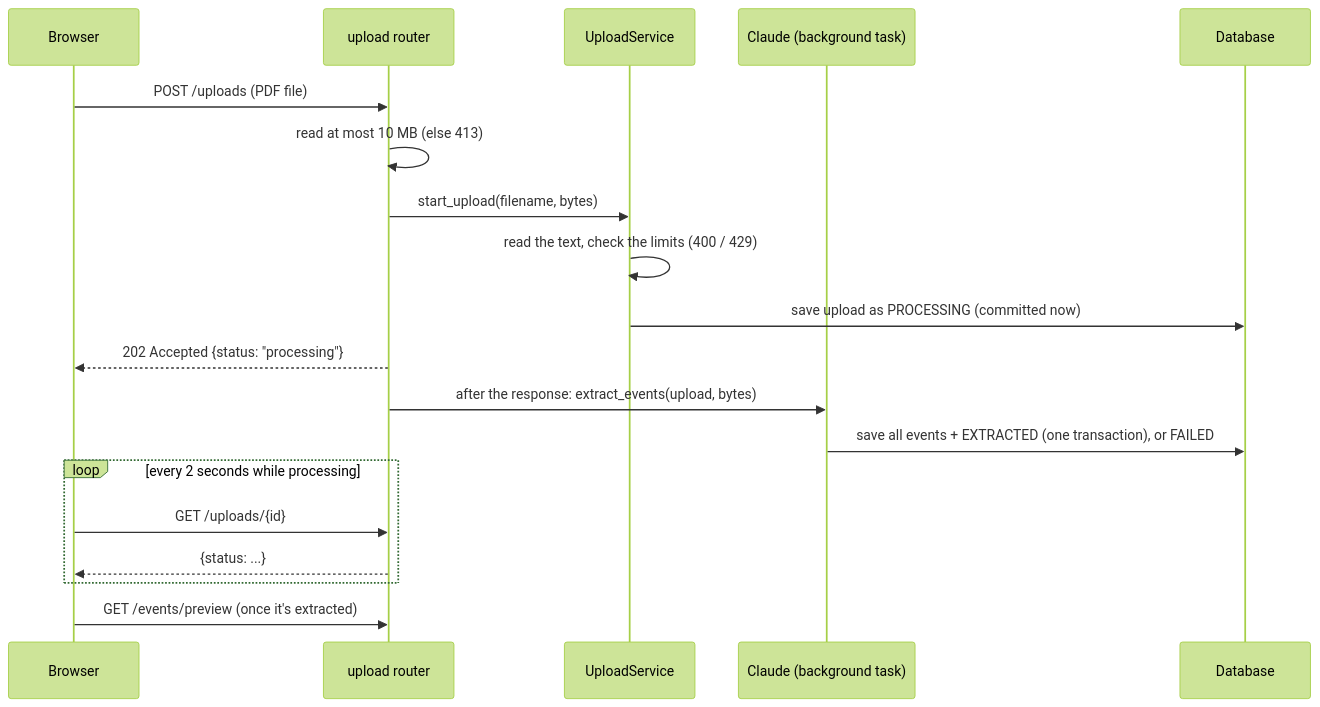
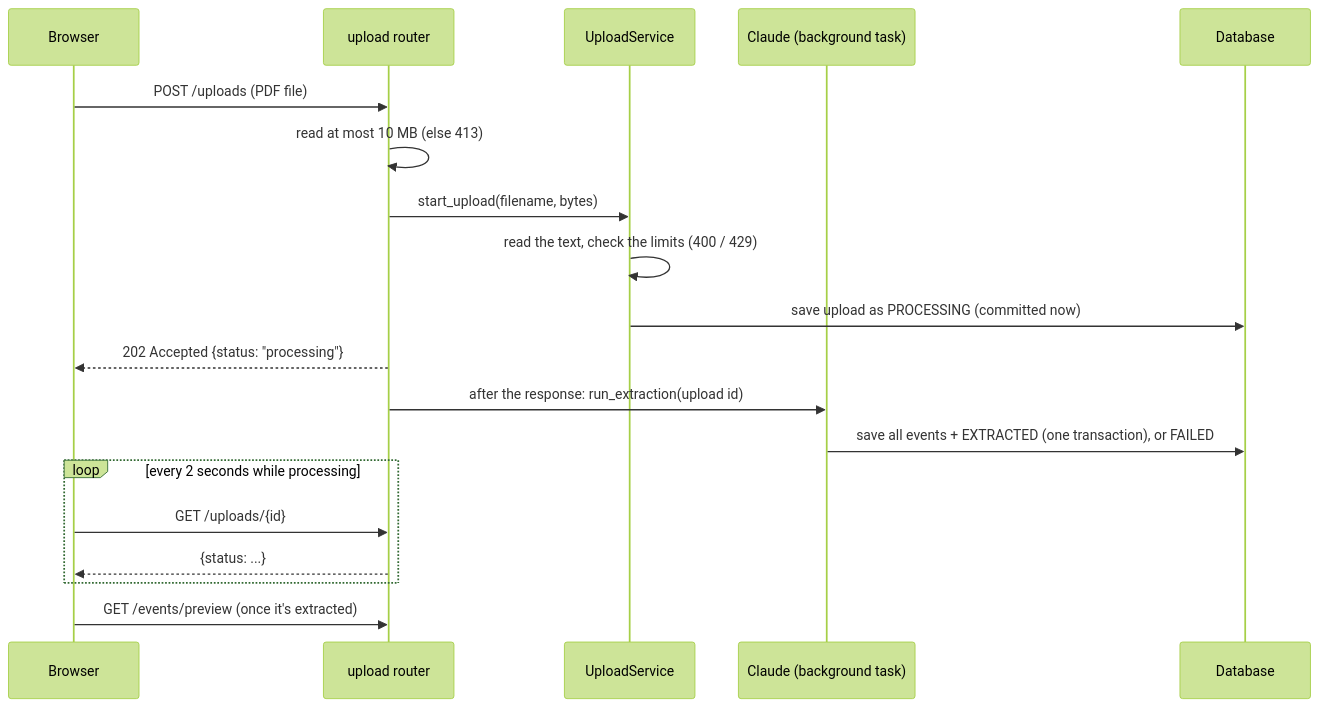
Before and after one commit to liam-shah/Syllabus2Cal: the third of 7 diagrams in ARCHITECTURE.md, drawn with Mermaid (forest theme). The commit also changed other lines of this file and 8 other files, not shown here.

Commit message:
Give the extraction job only the upload id, and let it claim the upload once

````diff
--- a/ARCHITECTURE.md
+++ b/ARCHITECTURE.md
@@ -212,21 +212,21 @@
 ```mermaid
 sequenceDiagram
     participant B as Browser
     participant R as upload router
     participant S as UploadService
     participant C as Claude (background task)
     participant D as Database
     B->>R: POST /uploads (PDF file)
     R->>R: read at most 10 MB (else 413)
     R->>S: start_upload(filename, bytes)
     S->>S: read the text, check the limits (400 / 429)
     S->>D: save upload as PROCESSING (committed now)
     R-->>B: 202 Accepted {status: "processing"}
-    R->>C: after the response: extract_events(upload, bytes)
+    R->>C: after the response: run_extraction(upload id)
     C->>D: save all events + EXTRACTED (one transaction), or FAILED
     loop every 2 seconds while processing
         B->>R: GET /uploads/{id}
         R-->>B: {status: ...}
     end
     B->>R: GET /events/preview (once it's extracted)
 ```
````
